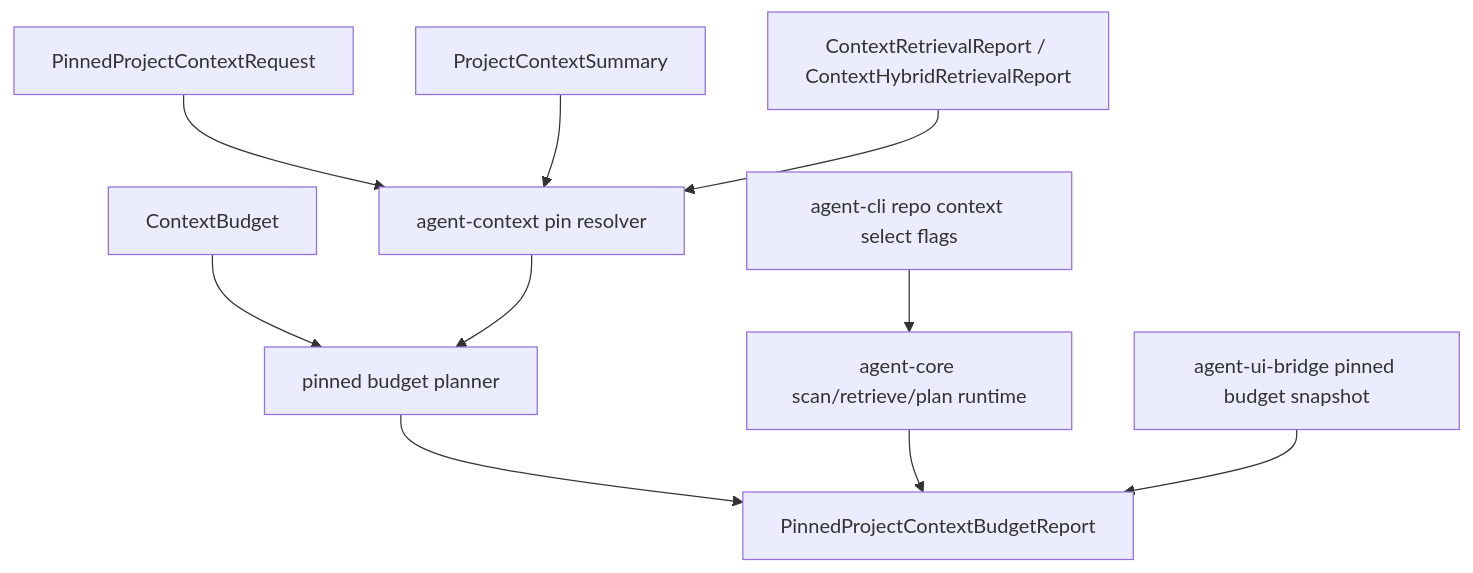
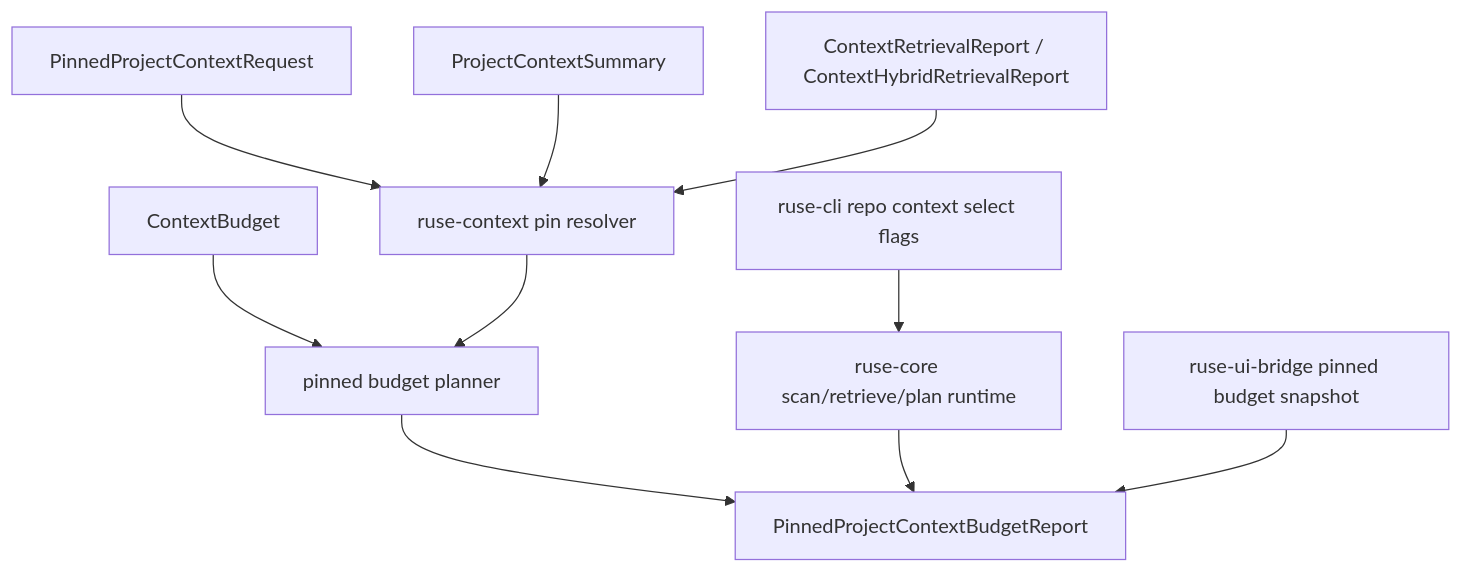
One commit to poneding/agent changed the diagram in docs/specs/M58-04-pinned-context-budget-planning.spec.md. Above: the diagram before and after it, drawn with Mermaid. The commit also changed other lines of this file and 2091 other files, not shown here.

First line of the commit message:
refactor: rename agent branding to ruse

````diff
--- a/docs/specs/M58-04-pinned-context-budget-planning.spec.md
+++ b/docs/specs/M58-04-pinned-context-budget-planning.spec.md
@@ -41,12 +41,12 @@
 ```mermaid
 flowchart TD
-  Pins["PinnedProjectContextRequest"] --> Context["agent-context pin resolver"]
+  Pins["PinnedProjectContextRequest"] --> Context["ruse-context pin resolver"]
   Summary["ProjectContextSummary"] --> Context
   Retrieval["ContextRetrievalReport / ContextHybridRetrievalReport"] --> Context
   Budget["ContextBudget"] --> Planner["pinned budget planner"]
   Context --> Planner
   Planner --> Report["PinnedProjectContextBudgetReport"]
-  Core["agent-core scan/retrieve/plan runtime"] --> Report
-  CLI["agent-cli repo context select flags"] --> Core
-  Bridge["agent-ui-bridge pinned budget snapshot"] --> Report
+  Core["ruse-core scan/retrieve/plan runtime"] --> Report
+  CLI["ruse-cli repo context select flags"] --> Core
+  Bridge["ruse-ui-bridge pinned budget snapshot"] --> Report
 ```
````
